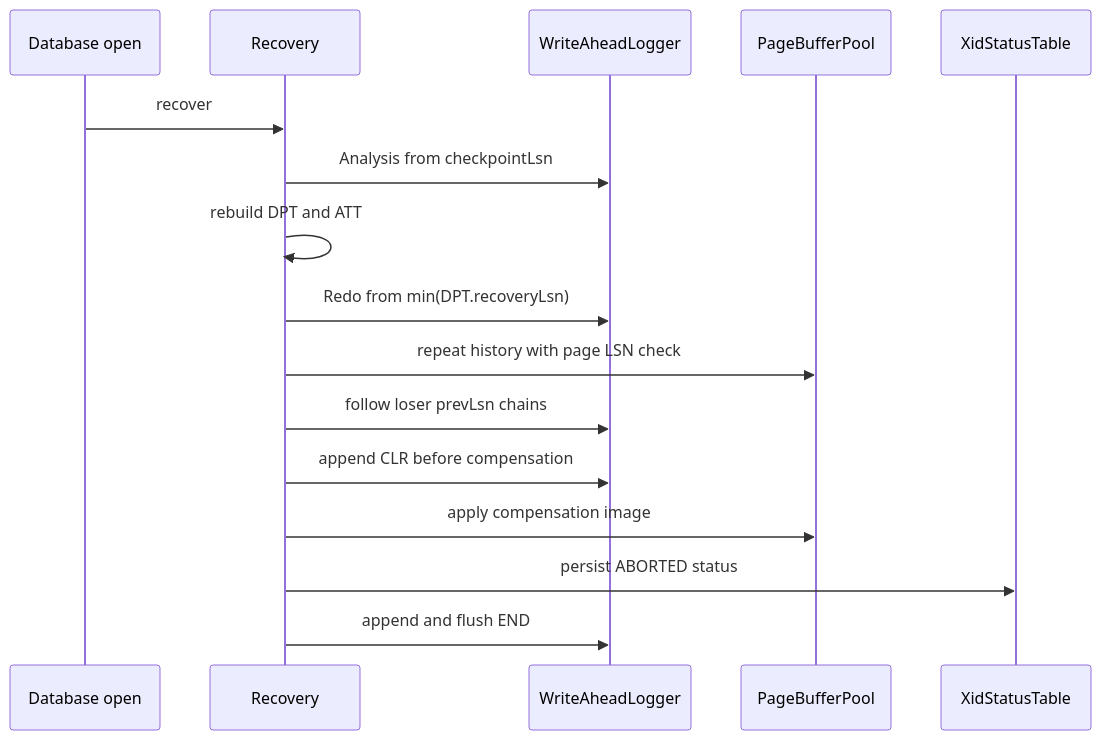
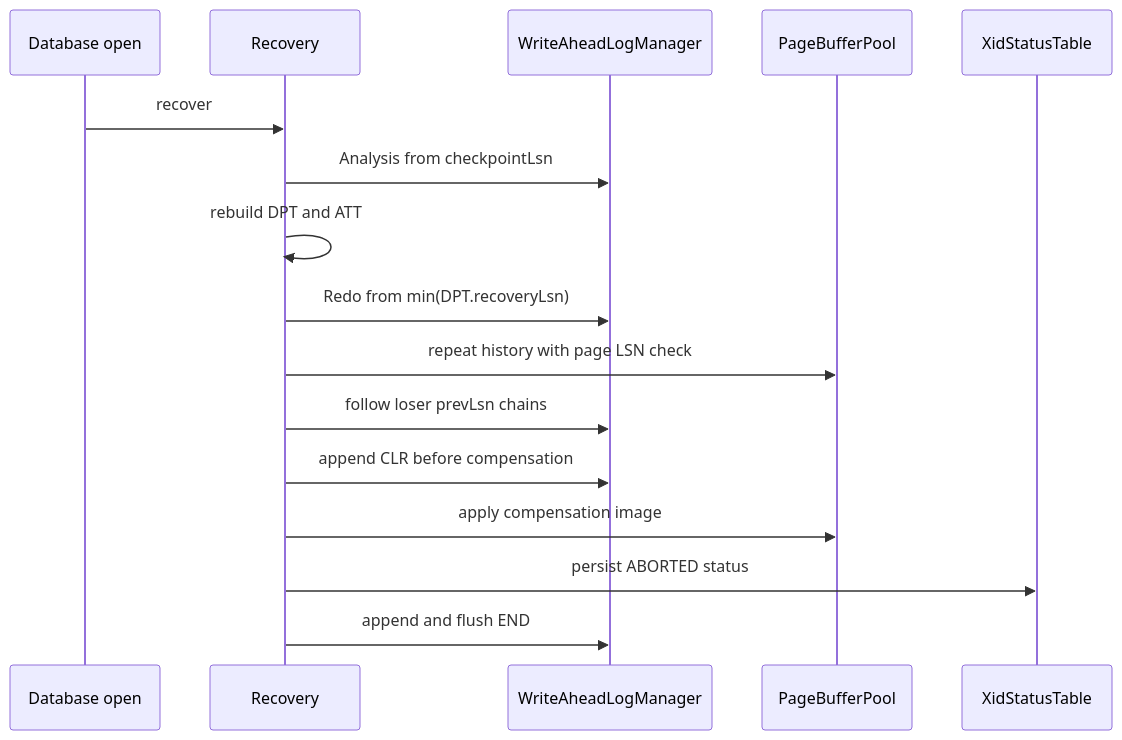
Before and after one commit to SarekCuimian/minisql: the seventh of 8 diagrams in docs/architecture/06-runtime.md, drawn with Mermaid. The commit also changed other lines of this file and 29 other files, not shown here.

````diff
--- a/docs/architecture/06-runtime.md
+++ b/docs/architecture/06-runtime.md
@@ -169,19 +194,19 @@
 ```mermaid
 sequenceDiagram
     participant O as Database open
     participant R as Recovery
-    participant L as WriteAheadLogger
+    participant L as WriteAheadLogManager
     participant P as PageBufferPool
     participant X as XidStatusTable
 
     O->>R: recover
     R->>L: Analysis from checkpointLsn
     R->>R: rebuild DPT and ATT
     R->>L: Redo from min(DPT.recoveryLsn)
     R->>P: repeat history with page LSN check
     R->>L: follow loser prevLsn chains
     R->>L: append CLR before compensation
     R->>P: apply compensation image
     R->>X: persist ABORTED status
     R->>L: append and flush END
 ```
````
